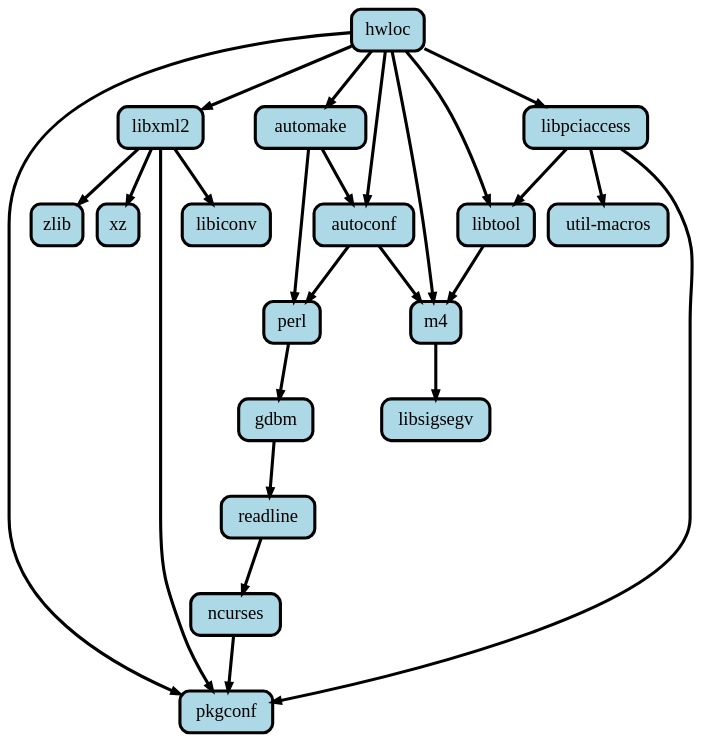
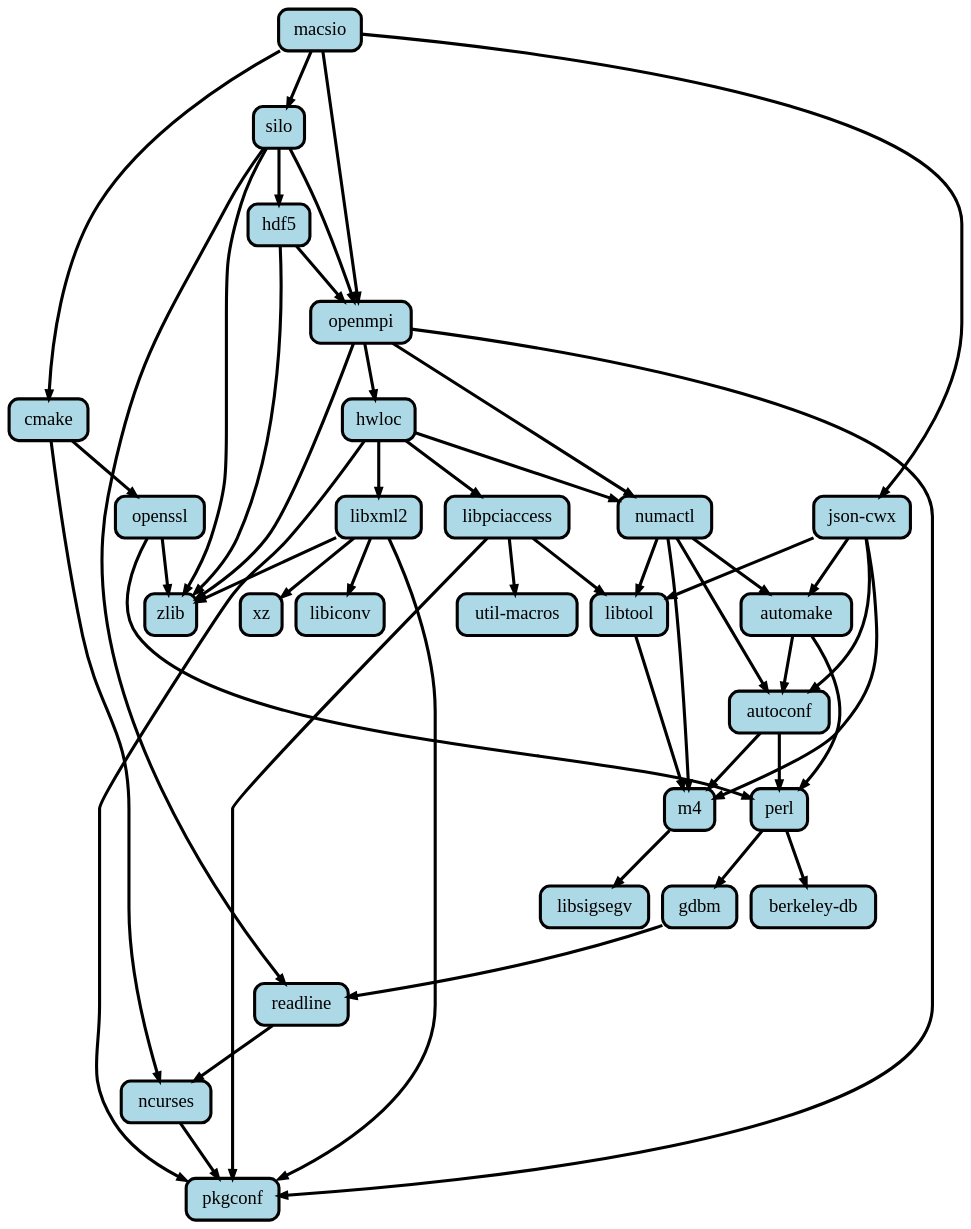
The diagram in tutorial_developer_workflows.rst (spack/spack-tutorial), drawn with Graphviz before and after one commit. The commit also changed other lines of this file and 1 other file, not shown here.

```diff
--- a/tutorial_developer_workflows.rst
+++ b/tutorial_developer_workflows.rst
@@ -35,42 +51,93 @@
 .. graphviz::
 
     digraph G {
-    labelloc = "b"
-    rankdir = "TB"
-    ranksep = "1"
-    edge[
-       penwidth=4  ]
-    node[
-       fontname=Monaco,
-       penwidth=4,
-       fontsize=24,
-       margin=.2,
-       shape=box,
-       fillcolor=lightblue,
-       style="rounded,filled"  ]
+      labelloc = "b"
+      rankdir = "TB"
+      ranksep = "1"
+      edge[
+         penwidth=4  ]
+      node[
+         fontname=Monaco,
+         penwidth=4,
+         fontsize=24,
+         margin=.2,
+         shape=box,
+         fillcolor=lightblue,
+         style="rounded,filled"  ]
 
-    "hwloc" -> "libxml2"
-    "libxml2" -> "xz"
-    "automake" -> "perl"
-    "libxml2" -> "pkgconf"
-    "autoconf" -> "perl"
-    "libpciaccess" -> "libtool"
-    "hwloc" -> "pkgconf"
-    "libpciaccess" -> "util-macros"
-    "autoconf" -> "m4"
-    "hwloc" -> "m4"
-    "hwloc" -> "automake"
-    "automake" -> "autoconf"
-    "hwloc" -> "libtool"
-    "libpciaccess" -> "pkgconf"
-    "ncurses" -> "pkgconf"
-    "libxml2" -> "libiconv"
-    "perl" -> "gdbm"
-    "hwloc" -> "libpciaccess"
-    "gdbm" -> "readline"
-    "libtool" -> "m4"
-    "hwloc" -> "autoconf"
-    "m4" -> "libsigsegv"
-    "readline" -> "ncurses"
-    "libxml2" -> "zlib"
-  }
+      "4sh6pymrm2ms4auu3ajbjjr6fiuhz5g7" [label="pkgconf"]
+      "7tkgwjvu2mi4ea2wsdetunq7g4k4r2nh" [label="json-cwx"]
+      "4ihuiazsglf22f3pntq5hc4kyszqzexn" [label="berkeley-db"]
+      "jearpk4xci4zc7dkrza4fufaqfkq7rfl" [label="libiconv"]
+      "d2krmb5gweivlnztcymhklzsqbrpatt6" [label="automake"]
+      "gs6ag7ktdoiirb62t7bcagjw62szrrg2" [label="util-macros"]
+      "yn2r3wfhiilelyulh5toteicdtxjhw7d" [label="libxml2"]
+      "lbrx7lnfz46ukewxbhxnucmx76g23c6q" [label="libsigsegv"]
+      "bob4o5m3uku6vtdil5imasprgy775zg7" [label="libpciaccess"]
+      "pmsyupw6w3gql4loaor25gfumlmvkl25" [label="openmpi"]
+      "mkc3u4x2p2wie6jfhuku7g5rkovcrxps" [label="m4"]
+      "jdxbjftheiotj6solpomva7dowrhlerl" [label="libtool"]
+      "mm33a3ocsv3jsh2tfxc4mlab4xsurtdd" [label="autoconf"]
+      "zfdvt2jjuaees43ffrrtphqs2ky3o22t" [label="perl"]
+      "t54jzdy2jj4snltjazlm3br2urcilc6v" [label="readline"]
+      "4av4gywgpaspkhy3dvbb62nulqogtzbb" [label="gdbm"]
+      "crhlefo3dv7lmsv5pf4icsy4gepkdorm" [label="ncurses"]
+      "bltycqwh5oofai4f6o42q4uuj4w5zb3j" [label="cmake"]
+      "zqwfzhw5k2ollygh6nrjpsi7u4d4g6lu" [label="hwloc"]
+      "vedchc5aoqyu3ydbp346qrbpe6kg46rq" [label="hdf5"]
+      "wbqbc5vw5sxzwhvu56p6x5nd5n4abrvh" [label="numactl"]
+      "komekkmyciga3kl24edjmredhj3uyt7v" [label="xz"]
+      "es377uqsqougfc67jyg7yfjyyuukin52" [label="openssl"]
+      "vfrf7asfclt7epufnoxibfqbkntbk5k3" [label="silo"]
+      "smoyzzo2qhzpn6mg6rd3l2p7b23enshg" [label="zlib"]
+      "sz72vygmht66khd5aa4kihz5alg4nrbm" [label="macsio"]
+
+      "wbqbc5vw5sxzwhvu56p6x5nd5n4abrvh" -> "jdxbjftheiotj6solpomva7dowrhlerl"
+      "zqwfzhw5k2ollygh6nrjpsi7u4d4g6lu" -> "4sh6pymrm2ms4auu3ajbjjr6fiuhz5g7"
+      "sz72vygmht66khd5aa4kihz5alg4nrbm" -> "vfrf7asfclt7epufnoxibfqbkntbk5k3"
+      "vfrf7asfclt7epufnoxibfqbkntbk5k3" -> "t54jzdy2jj4snltjazlm3br2urcilc6v"
+      "crhlefo3dv7lmsv5pf4icsy4gepkdorm" -> "4sh6pymrm2ms4auu3ajbjjr6fiuhz5g7"
+      "7tkgwjvu2mi4ea2wsdetunq7g4k4r2nh" -> "mkc3u4x2p2wie6jfhuku7g5rkovcrxps"
+      "sz72vygmht66khd5aa4kihz5alg4nrbm" -> "pmsyupw6w3gql4loaor25gfumlmvkl25"
+      "zqwfzhw5k2ollygh6nrjpsi7u4d4g6lu" -> "wbqbc5vw5sxzwhvu56p6x5nd5n4abrvh"
+      "7tkgwjvu2mi4ea2wsdetunq7g4k4r2nh" -> "d2krmb5gweivlnztcymhklzsqbrpatt6"
+      "es377uqsqougfc67jyg7yfjyyuukin52" -> "smoyzzo2qhzpn6mg6rd3l2p7b23enshg"
+      "bltycqwh5oofai4f6o42q4uuj4w5zb3j" -> "crhlefo3dv7lmsv5pf4icsy4gepkdorm"
+      "mm33a3ocsv3jsh2tfxc4mlab4xsurtdd" -> "zfdvt2jjuaees43ffrrtphqs2ky3o22t"
+      "es377uqsqougfc67jyg7yfjyyuukin52" -> "zfdvt2jjuaees43ffrrtphqs2ky3o22t"
+      "7tkgwjvu2mi4ea2wsdetunq7g4k4r2nh" -> "jdxbjftheiotj6solpomva7dowrhlerl"
+      "mkc3u4x2p2wie6jfhuku7g5rkovcrxps" -> "lbrx7lnfz46ukewxbhxnucmx76g23c6q"
+      "bltycqwh5oofai4f6o42q4uuj4w5zb3j" -> "es377uqsqougfc67jyg7yfjyyuukin52"
+      "vedchc5aoqyu3ydbp346qrbpe6kg46rq" -> "smoyzzo2qhzpn6mg6rd3l2p7b23enshg"
+      "wbqbc5vw5sxzwhvu56p6x5nd5n4abrvh" -> "d2krmb5gweivlnztcymhklzsqbrpatt6"
+      "zfdvt2jjuaees43ffrrtphqs2ky3o22t" -> "4av4gywgpaspkhy3dvbb62nulqogtzbb"
+      "vedchc5aoqyu3ydbp346qrbpe6kg46rq" -> "pmsyupw6w3gql4loaor25gfumlmvkl25"
+      "d2krmb5gweivlnztcymhklzsqbrpatt6" -> "mm33a3ocsv3jsh2tfxc4mlab4xsurtdd"
+      "bob4o5m3uku6vtdil5imasprgy775zg7" -> "jdxbjftheiotj6solpomva7dowrhlerl"
+      "yn2r3wfhiilelyulh5toteicdtxjhw7d" -> "komekkmyciga3kl24edjmredhj3uyt7v"
+      "pmsyupw6w3gql4loaor25gfumlmvkl25" -> "smoyzzo2qhzpn6mg6rd3l2p7b23enshg"
+      "wbqbc5vw5sxzwhvu56p6x5nd5n4abrvh" -> "mm33a3ocsv3jsh2tfxc4mlab4xsurtdd"
+      "vfrf7asfclt7epufnoxibfqbkntbk5k3" -> "vedchc5aoqyu3ydbp346qrbpe6kg46rq"
+      "bob4o5m3uku6vtdil5imasprgy775zg7" -> "gs6ag7ktdoiirb62t7bcagjw62szrrg2"
+      "d2krmb5gweivlnztcymhklzsqbrpatt6" -> "zfdvt2jjuaees43ffrrtphqs2ky3o22t"
+      "7tkgwjvu2mi4ea2wsdetunq7g4k4r2nh" -> "mm33a3ocsv3jsh2tfxc4mlab4xsurtdd"
+      "vfrf7asfclt7epufnoxibfqbkntbk5k3" -> "smoyzzo2qhzpn6mg6rd3l2p7b23enshg"
+      "zfdvt2jjuaees43ffrrtphqs2ky3o22t" -> "4ihuiazsglf22f3pntq5hc4kyszqzexn"
+      "bob4o5m3uku6vtdil5imasprgy775zg7" -> "4sh6pymrm2ms4auu3ajbjjr6fiuhz5g7"
+      "vfrf7asfclt7epufnoxibfqbkntbk5k3" -> "pmsyupw6w3gql4loaor25gfumlmvkl25"
+      "zqwfzhw5k2ollygh6nrjpsi7u4d4g6lu" -> "bob4o5m3uku6vtdil5imasprgy775zg7"
+      "yn2r3wfhiilelyulh5toteicdtxjhw7d" -> "jearpk4xci4zc7dkrza4fufaqfkq7rfl"
+      "sz72vygmht66khd5aa4kihz5alg4nrbm" -> "bltycqwh5oofai4f6o42q4uuj4w5zb3j"
+      "pmsyupw6w3gql4loaor25gfumlmvkl25" -> "wbqbc5vw5sxzwhvu56p6x5nd5n4abrvh"
+      "sz72vygmht66khd5aa4kihz5alg4nrbm" -> "7tkgwjvu2mi4ea2wsdetunq7g4k4r2nh"
+      "yn2r3wfhiilelyulh5toteicdtxjhw7d" -> "smoyzzo2qhzpn6mg6rd3l2p7b23enshg"
+      "t54jzdy2jj4snltjazlm3br2urcilc6v" -> "crhlefo3dv7lmsv5pf4icsy4gepkdorm"
+      "pmsyupw6w3gql4loaor25gfumlmvkl25" -> "zqwfzhw5k2ollygh6nrjpsi7u4d4g6lu"
+      "4av4gywgpaspkhy3dvbb62nulqogtzbb" -> "t54jzdy2jj4snltjazlm3br2urcilc6v"
+      "jdxbjftheiotj6solpomva7dowrhlerl" -> "mkc3u4x2p2wie6jfhuku7g5rkovcrxps"
+      "yn2r3wfhiilelyulh5toteicdtxjhw7d" -> "4sh6pymrm2ms4auu3ajbjjr6fiuhz5g7"
+      "mm33a3ocsv3jsh2tfxc4mlab4xsurtdd" -> "mkc3u4x2p2wie6jfhuku7g5rkovcrxps"
+      "zqwfzhw5k2ollygh6nrjpsi7u4d4g6lu" -> "yn2r3wfhiilelyulh5toteicdtxjhw7d"
+      "pmsyupw6w3gql4loaor25gfumlmvkl25" -> "4sh6pymrm2ms4auu3ajbjjr6fiuhz5g7"
+      "wbqbc5vw5sxzwhvu56p6x5nd5n4abrvh" -> "mkc3u4x2p2wie6jfhuku7g5rkovcrxps"
+    }
```
